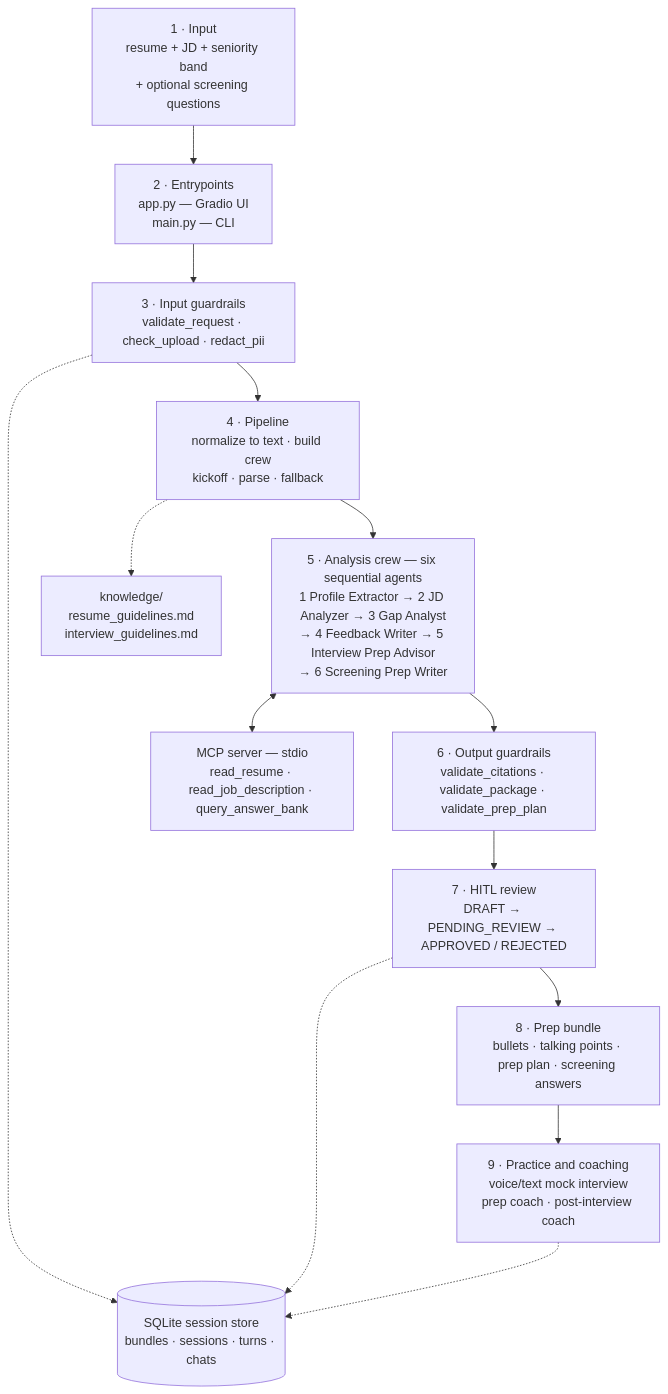
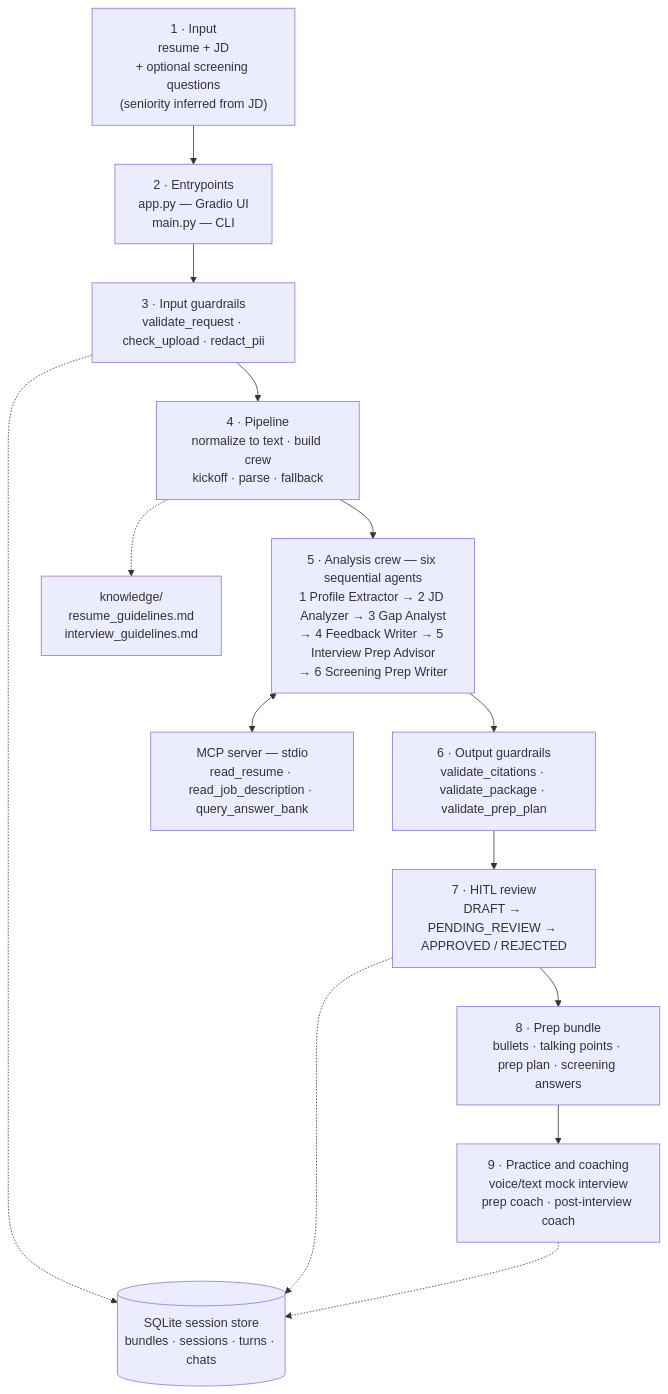
Before and after one commit to helenapedro/careercrew: the first of 3 diagrams in ARCHITECTURE.md, drawn with Mermaid. The commit also changed 12 other files, not shown here.

````diff
--- a/ARCHITECTURE.md
+++ b/ARCHITECTURE.md
@@ -27,20 +27,20 @@
 ```mermaid
 flowchart TD
-    S1["1 · Input<br/>resume + JD + seniority band<br/>+ optional screening questions"]
+    S1["1 · Input<br/>resume + JD<br/>+ optional screening questions<br/>(seniority inferred from JD)"]
     S2["2 · Entrypoints<br/>app.py — Gradio UI<br/>main.py — CLI"]
     S3["3 · Input guardrails<br/>validate_request · check_upload · redact_pii"]
     S4["4 · Pipeline<br/>normalize to text · build crew<br/>kickoff · parse · fallback"]
     S5["5 · Analysis crew — six sequential agents<br/>1 Profile Extractor → 2 JD Analyzer → 3 Gap Analyst<br/>→ 4 Feedback Writer → 5 Interview Prep Advisor<br/>→ 6 Screening Prep Writer"]
     S6["6 · Output guardrails<br/>validate_citations · validate_package · validate_prep_plan"]
     S7["7 · HITL review<br/>DRAFT → PENDING_REVIEW → APPROVED / REJECTED"]
     S8["8 · Prep bundle<br/>bullets · talking points · prep plan · screening answers"]
     S9["9 · Practice and coaching<br/>voice/text mock interview<br/>prep coach · post-interview coach"]
 
     S1 --> S2 --> S3 --> S4 --> S5 --> S6 --> S7 --> S8 --> S9
 
     S5 <--> MCP["MCP server — stdio<br/>read_resume · read_job_description · query_answer_bank"]
     S4 -.-> K["knowledge/<br/>resume_guidelines.md<br/>interview_guidelines.md"]
     S3 -.-> DB[("SQLite session store<br/>bundles · sessions · turns · chats")]
     S7 -.-> DB
     S9 -.-> DB
 ```
````
